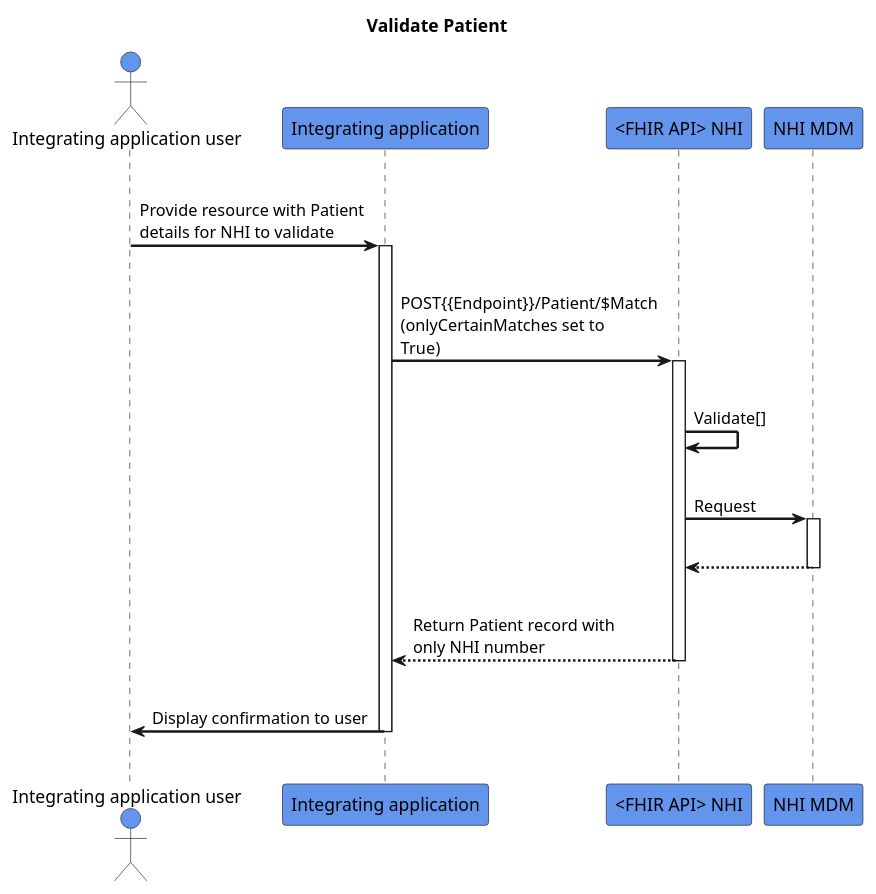
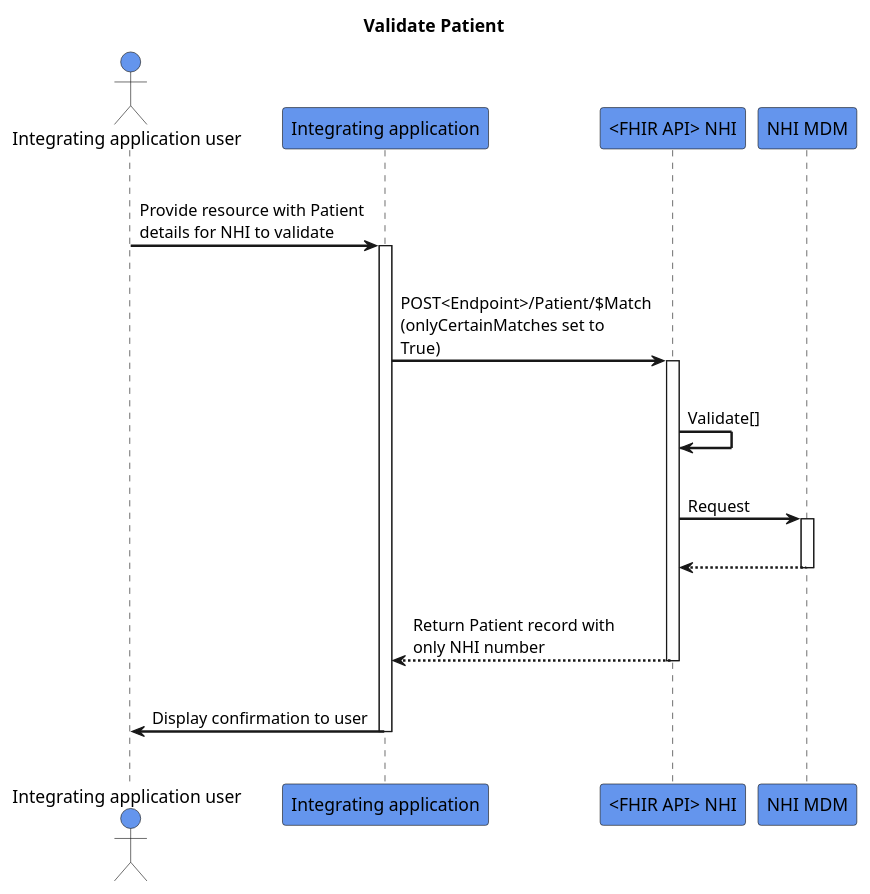
One commit to HL7NZ/nhi changed the diagram in input/images-source/validate-patient.plantuml. Above: the diagram before and after it, drawn with PlantUML.

```diff
--- a/input/images-source/validate-patient.plantuml
+++ b/input/images-source/validate-patient.plantuml
@@ -1,33 +1,33 @@
 @startuml
 skinparam sequenceArrowThickness 2
 skinparam roundcorner 5
 skinparam maxmessagesize 180
 skinparam sequenceParticipant bold
 title Validate Patient
 actor "Integrating application user" as User #CornflowerBlue
 participant "Integrating application" as A #CornflowerBlue
 participant "<FHIR API> NHI" as B #CornflowerBlue
 participant "NHI MDM" as C #CornflowerBlue
 |||
 User -> A: Provide resource with Patient details for NHI to validate
 activate A
 |||
-A -> B: POST{{Endpoint}}/Patient/$Match (onlyCertainMatches set to True)
+A -> B: POST<Endpoint>/Patient/$Match (onlyCertainMatches set to True)
 activate B
 |||
 B -> B: Validate[]
 |||
 B -> C: Request
 activate C
 |||
 
 C -[dashed]-> B:
 deactivate C
 |||
 B -[dashed]-> A: Return Patient record with only NHI number
 deactivate B
 |||
 A -> User: Display confirmation to user
 deactivate A
 |||
 @enduml
```
